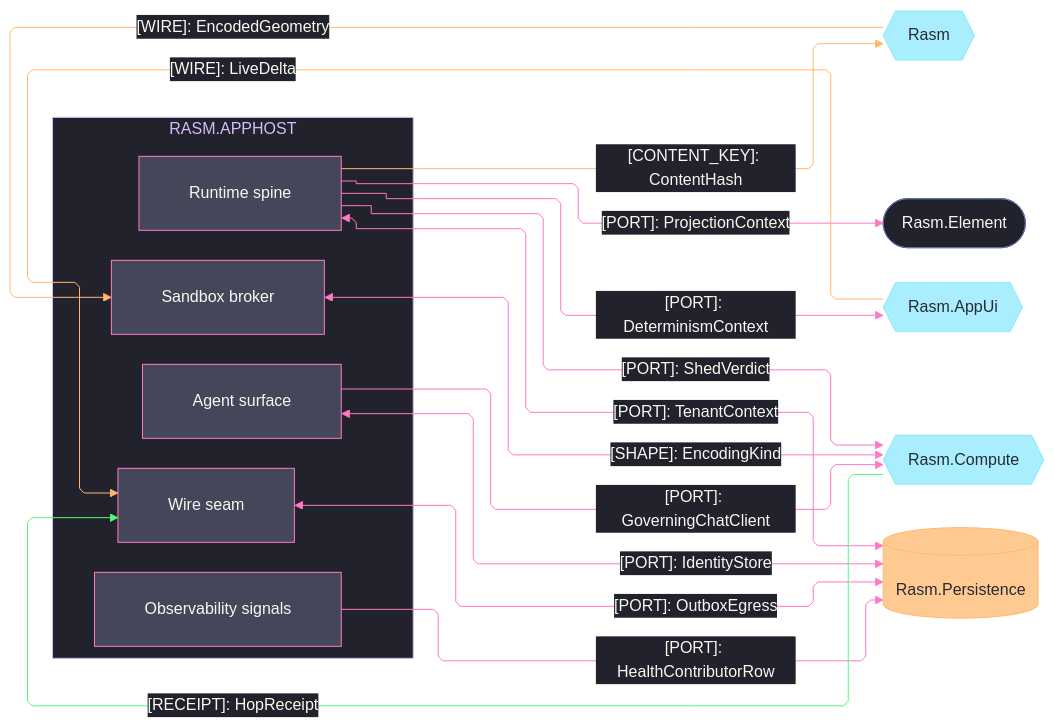
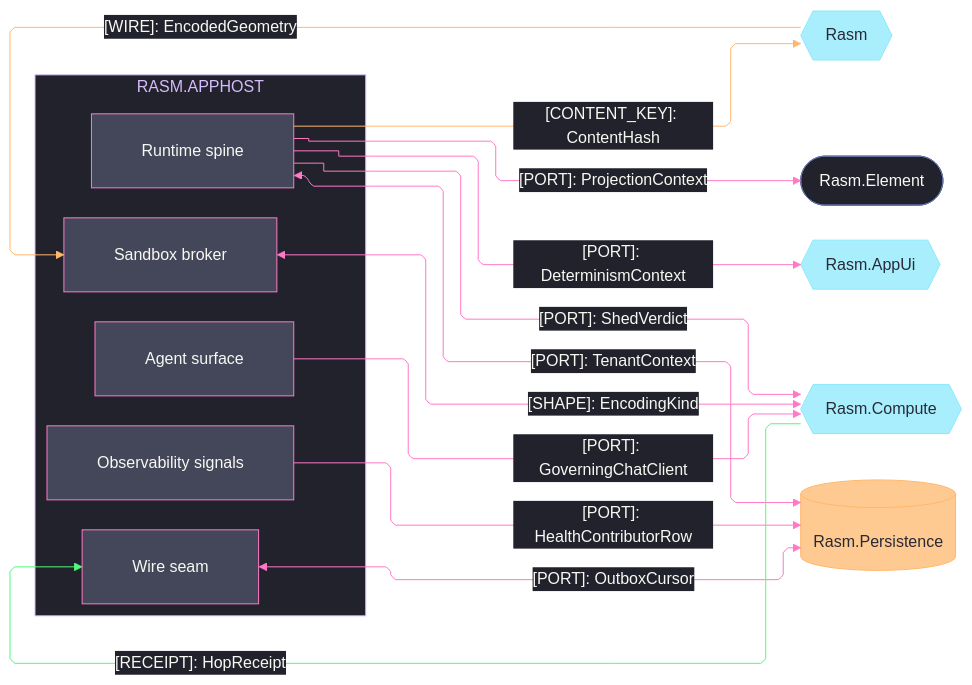
One commit to bsamiee/Rasm changed the third of 4 diagrams in libs/csharp/Rasm.AppHost/ARCHITECTURE.md. Above: the diagram before and after it, drawn with Mermaid. The commit also changed other lines of this file and 24 other files, not shown here.

Commit message:
architecture: seam registries + codemaps aligned across the estate (worker fabric edges, scene rows, csharp/ts seam mirrors)

````diff
--- a/libs/csharp/Rasm.AppHost/ARCHITECTURE.md
+++ b/libs/csharp/Rasm.AppHost/ARCHITECTURE.md
@@ -114,70 +197,68 @@
 ```mermaid
 ---
 config:
   theme: base
   look: classic
   layout: elk
   flowchart:
     curve: linear
     padding: 25
   themeVariables:
     darkMode: true
     fontFamily: "SF Mono, Menlo, Cascadia Mono, Segoe UI Mono, Consolas, monospace"
     useGradient: false
     dropShadow: "none"
     background: "#282A36"
     primaryColor: "#44475A"
     primaryTextColor: "#F8F8F2"
     primaryBorderColor: "#BD93F9"
     lineColor: "#FF79C6"
     textColor: "#F8F8F2"
     clusterBkg: "#21222C"
     clusterBorder: "#D6BCFA"
     edgeLabelBackground: "#21222C"
     labelBackgroundColor: "#21222C"
     titleColor: "#D6BCFA"
   themeCSS: ".nodeLabel{font-size:13px;font-weight:500}.edgeLabel{font-size:12px;font-weight:500}.cluster-label .nodeLabel{font-size:13.5px;font-weight:700;letter-spacing:.08em}.edge-thickness-normal{stroke-width:2px}.edge-thickness-thick{stroke-width:3px}.edge-pattern-dashed,.edge-pattern-dotted{stroke-width:1.5px;stroke-dasharray:4 6}.node rect,.node circle,.node polygon,.node path,.node .outer-path{stroke-width:1.5px;filter:none!important}.cluster rect{stroke-width:1px!important;stroke-dasharray:5 4!important;filter:none!important}.marker path{transform:scale(.8);transform-origin:5px 5px}.marker circle{transform:scale(.48);transform-origin:5px 5px}.edgeLabel rect{transform-box:fill-box;transform-origin:center;transform:scale(1.1,1.2)}"
 ---
 flowchart LR
     accTitle: AppHost C# platform seams
     accDescr: AppHost sub-domain owners exchanging ports, shapes, wires, and receipts with the kernel, Element, AppUi, Persistence, and Compute packages, edge rails colored by kind and nodes classed by seam direction.
     subgraph apphost[RASM.APPHOST]
         Runtime[Runtime spine]
         Agent[Agent surface]
         Wire[Wire seam]
         Sandbox[Sandbox broker]
         Observability[Observability signals]
     end
     Kernel{{Rasm}}
     Element([Rasm.Element])
     AppUi{{Rasm.AppUi}}
     Compute{{Rasm.Compute}}
     Persistence[(Rasm.Persistence)]
     Kernel e1@-->|"[WIRE]: EncodedGeometry"| Sandbox
     Runtime e2@-->|"[CONTENT_KEY]: ContentHash"| Kernel
     Runtime e3@-->|"[PORT]: ProjectionContext"| Element
     Runtime e4@-->|"[PORT]: DeterminismContext"| AppUi
-    AppUi e5@-->|"[WIRE]: LiveDelta"| Wire
     Runtime e6@<-->|"[PORT]: TenantContext"| Persistence
-    Agent e7@<-->|"[PORT]: IdentityStore"| Persistence
-    Wire e8@<-->|"[PORT]: OutboxEgress"| Persistence
+    Wire e8@<-->|"[PORT]: OutboxCursor"| Persistence
     Observability e9@-->|"[PORT]: HealthContributorRow"| Persistence
     Runtime e10@-->|"[PORT]: ShedVerdict"| Compute
     Agent e11@-->|"[PORT]: GoverningChatClient"| Compute
     Compute e12@-->|"[RECEIPT]: HopReceipt"| Wire
     Sandbox e13@<-->|"[SHAPE]: EncodingKind"| Compute
     classDef primary fill:#44475A,stroke:#FF79C6,color:#F8F8F2
     classDef external fill:#8BE9FDBF,stroke:#8BE9FD,color:#282A36
     classDef data fill:#FFB86CBF,stroke:#FFB86C,color:#282A36
     classDef annotation fill:#21222C,stroke:#6272A4,color:#F8F8F2
     classDef edgeData stroke:#FFB86C,color:#F8F8F2
     classDef edgeSuccess stroke:#50FA7B,color:#F8F8F2
     classDef edgeControl stroke:#FF79C6,color:#F8F8F2
     class Runtime,Agent,Wire,Sandbox,Observability primary
     class Kernel,AppUi,Compute external
     class Persistence data
     class Element annotation
-    class e1,e2,e5 edgeData
+    class e1,e2 edgeData
     class e12 edgeSuccess
-    class e3,e4,e6,e7,e8,e9,e10,e11,e13 edgeControl
+    class e3,e4,e6,e8,e9,e10,e11,e13 edgeControl
 ```
````
